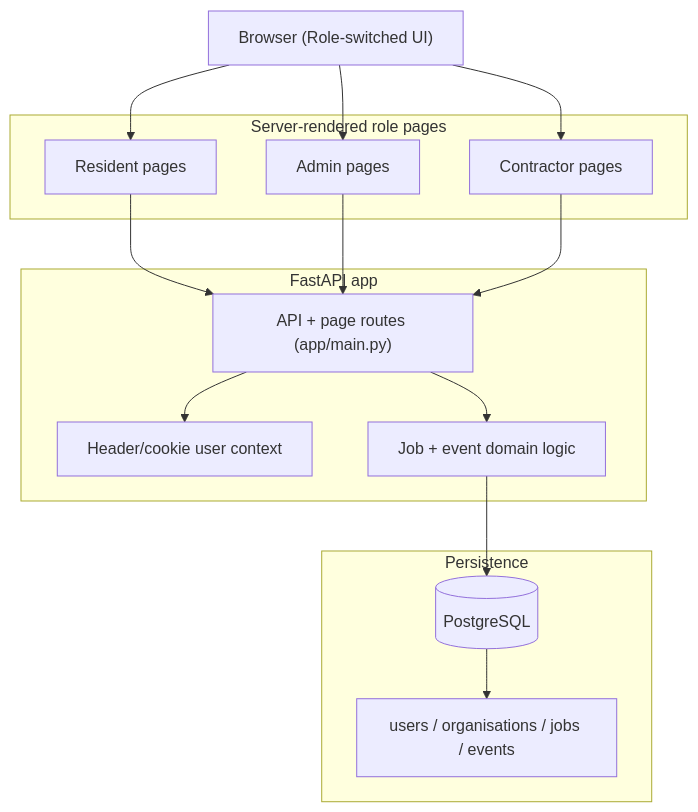
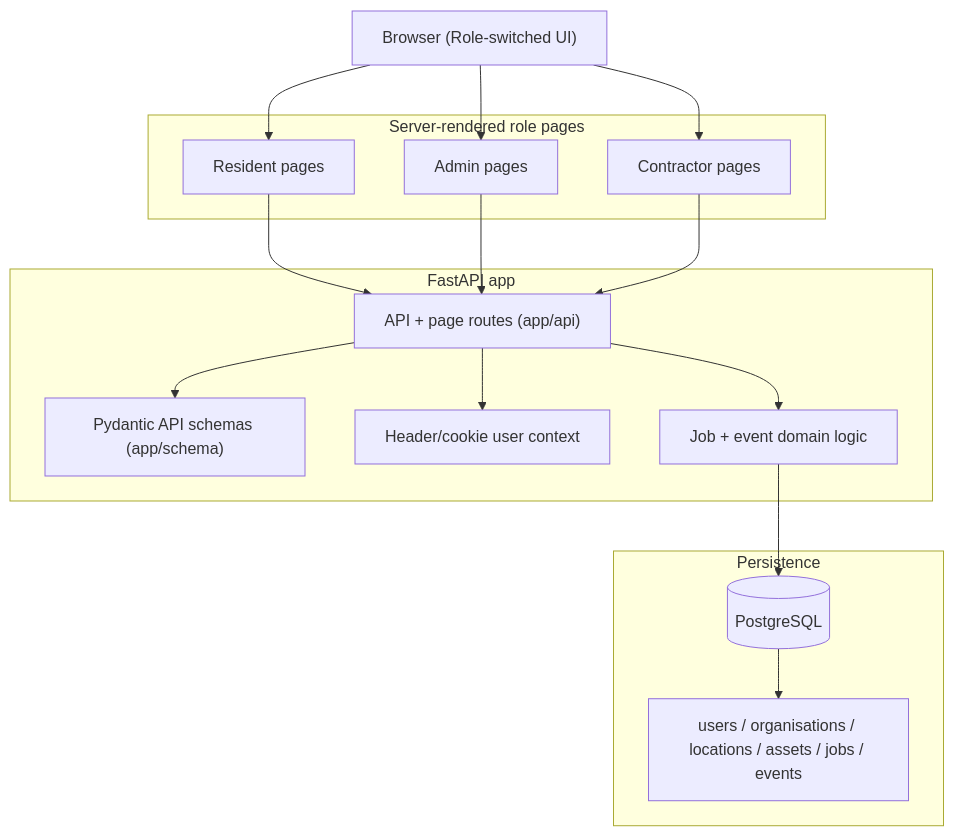
Before and after one commit to papa-halan/fixhub-v1_r: the third of 4 diagrams in README.md, drawn with Mermaid. The commit also changed other lines of this file and 32 other files, not shown here.

````diff
--- a/README.md
+++ b/README.md
@@ -135,34 +177,36 @@
 ```mermaid
 flowchart TB
     Browser["Browser (Role-switched UI)"]
 
     subgraph RolePages["Server-rendered role pages"]
         ResidentPage["Resident pages"]
         AdminPage["Admin pages"]
         ContractorPage["Contractor pages"]
     end
 
     subgraph FastAPI["FastAPI app"]
-        Routes["API + page routes (app/main.py)"]
+        Routes["API + page routes (app/api)"]
+        Schemas["Pydantic API schemas (app/schema)"]
         Auth["Header/cookie user context"]
         Domain["Job + event domain logic"]
     end
 
     subgraph Data["Persistence"]
         PG[("PostgreSQL")]
-        Tables["users / organisations / jobs / events"]
+        Tables["users / organisations / locations / assets / jobs / events"]
     end
 
     Browser --> ResidentPage
     Browser --> AdminPage
     Browser --> ContractorPage
 
     ResidentPage --> Routes
     AdminPage --> Routes
     ContractorPage --> Routes
 
     Routes --> Auth
+    Routes --> Schemas
     Routes --> Domain
     Domain --> PG
     PG --> Tables
 ```
````
